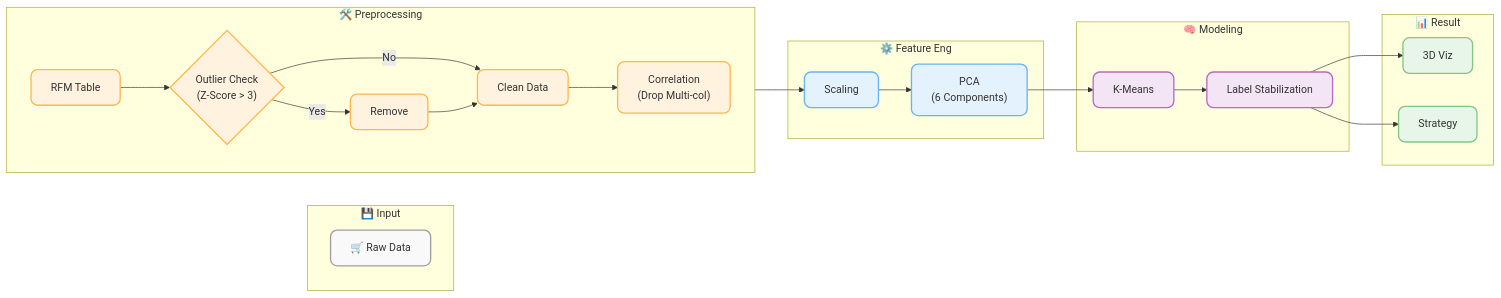
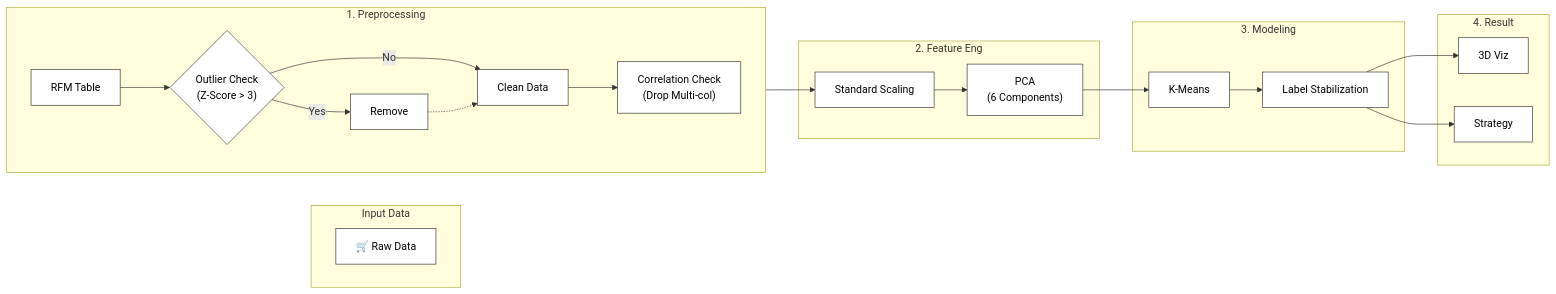
Before and after one commit to Chankyu99/Customer_Segmentation_RFM: the diagram in README.md, drawn with Mermaid.

````diff
--- a/README.md
+++ b/README.md
@@ -2,37 +2,34 @@
 ```mermaid
 graph LR
-    %% 스타일 정의 (파스텔 톤 + 둥근 모서리)
-    classDef input fill:#f9f9f9,stroke:#9e9e9e,stroke-width:2px,rx:10,ry:10;
-    classDef prep fill:#fff3e0,stroke:#ffb74d,stroke-width:2px,rx:10,ry:10;
-    classDef feature fill:#e3f2fd,stroke:#64b5f6,stroke-width:2px,rx:10,ry:10;
-    classDef model fill:#f3e5f5,stroke:#ba68c8,stroke-width:2px,rx:10,ry:10;
-    classDef result fill:#e8f5e9,stroke:#81c784,stroke-width:2px,rx:10,ry:10;
+    %% 스타일 정의: 흰색 배경, 검은색 테두리, 검은색 글씨
+    classDef mono fill:#ffffff,stroke:#333,stroke-width:1px,color:#000000;
 
-    subgraph Input ["💾 Input"]
-    A[🛒 Raw Data]:::input
+    subgraph Input ["Input Data"]
+    direction LR
+    A[🛒 Raw Data]:::mono
     end
 
-    subgraph Preprocessing ["🛠️ Preprocessing"]
+    subgraph Preprocessing ["1. Preprocessing"]
     direction LR
-    B[RFM Table]:::prep --> C{"Outlier Check<br>(Z-Score > 3)"}:::prep
-    C -- Yes --> D[Remove]:::prep
-    C -- No --> E[Clean Data]:::prep
-    D --> E
-    E --> F["Correlation<br>(Drop Multi-col)"]:::prep
+    B[RFM Table]:::mono --> C{"Outlier Check<br>(Z-Score > 3)"}:::mono
+    C -- Yes --> D[Remove]:::mono
+    C -- No --> E[Clean Data]:::mono
+    D -.-> E
+    E --> F["Correlation Check<br>(Drop Multi-col)"]:::mono
     end
 
-    subgraph Feature ["⚙️ Feature Eng"]
-    F --> G[Scaling]:::feature
-    G --> H["PCA<br>(6 Components)"]:::feature
+    subgraph Feature ["2. Feature Eng"]
+    F --> G[Standard Scaling]:::mono
+    G --> H["PCA<br>(6 Components)"]:::mono
     end
 
-    subgraph Modeling ["🧠 Modeling"]
-    H --> I[K-Means]:::model
-    I --> J[Label Stabilization]:::model
+    subgraph Modeling ["3. Modeling"]
+    H --> I[K-Means]:::mono
+    I --> J[Label Stabilization]:::mono
     end
 
-    subgraph Output ["📊 Result"]
-    J --> K[3D Viz]:::result
-    J --> L[Strategy]:::result
+    subgraph Output ["4. Result"]
+    J --> K[3D Viz]:::mono
+    J --> L[Strategy]:::mono
     end
 ```
````
